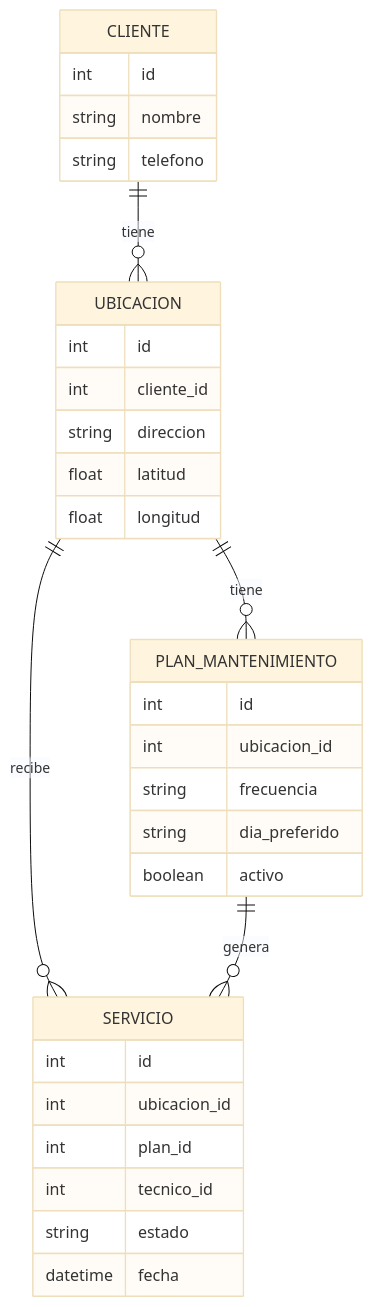
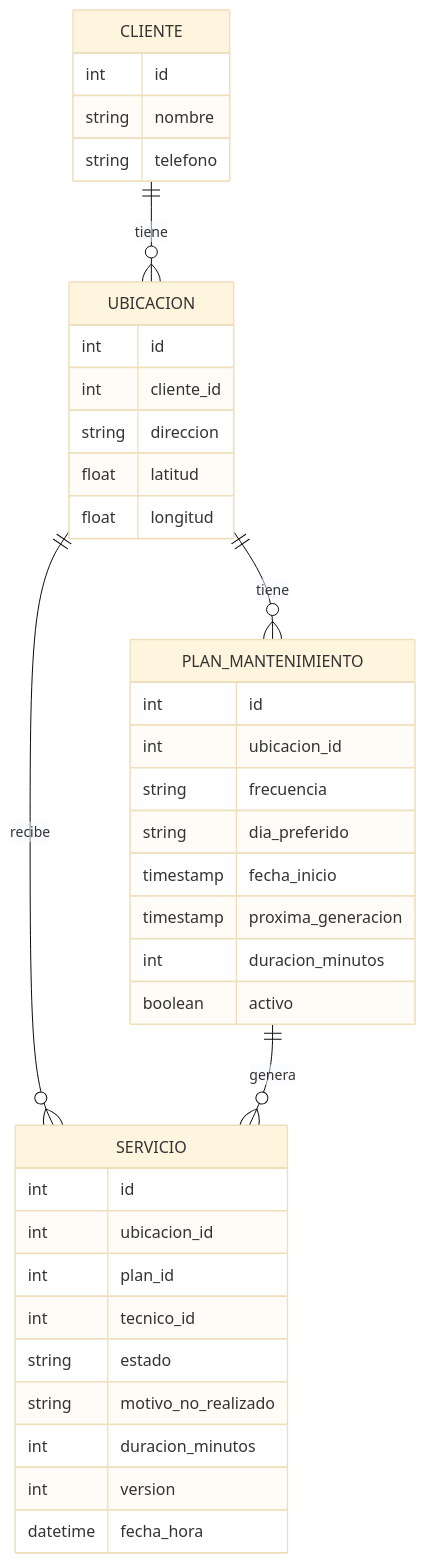
The diagram in Trabajo Integrador Final.md (MaximilianoRao/EasyPool), drawn with Mermaid (base theme) before and after one commit. The commit also changed other lines of this file, not shown here.

````diff
--- a/Trabajo Integrador Final.md
+++ b/Trabajo Integrador Final.md
@@ -340,35 +340,41 @@
 ```mermaid
 erDiagram
     CLIENTE ||--o{ UBICACION : "tiene"
     UBICACION ||--o{ PLAN_MANTENIMIENTO : "tiene"
     UBICACION ||--o{ SERVICIO : "recibe"
     PLAN_MANTENIMIENTO ||--o{ SERVICIO : "genera"
 
     CLIENTE {
         int id
         string nombre
         string telefono
     }
     UBICACION {
         int id
         int cliente_id
         string direccion
         float latitud
         float longitud
     }
     PLAN_MANTENIMIENTO {
         int id
         int ubicacion_id
         string frecuencia
         string dia_preferido
+        timestamp fecha_inicio
+        timestamp proxima_generacion
+        int duracion_minutos
         boolean activo
     }
     SERVICIO {
         int id
         int ubicacion_id
         int plan_id
         int tecnico_id
         string estado
-        datetime fecha
+        string motivo_no_realizado
+        int duracion_minutos
+        int version
+        datetime fecha_hora
     }
 ```
````
